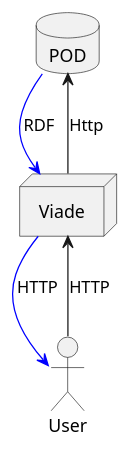
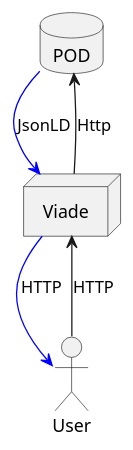
One commit to Arquisoft/viade_en1b changed the diagram in src/docs/diagrams/03-02_TechnicalContext.puml. Above: the diagram before and after it, drawn with PlantUML. The commit also changed 6 other files, not shown here.

```diff
--- a/src/docs/diagrams/03-02_TechnicalContext.puml
+++ b/src/docs/diagrams/03-02_TechnicalContext.puml
@@ -1,15 +1,15 @@
 @startuml
 
 node "Viade" {
 
 }
 
 database "POD" {
     
 }
 actor User
-Viade <-[#blue]up- POD:RDF
+Viade <-[#blue]up- POD:JsonLD
 Viade -up-> POD:Http
 User -> Viade:HTTP
 User <-[#blue]up- Viade:HTTP
 @enduml
```
